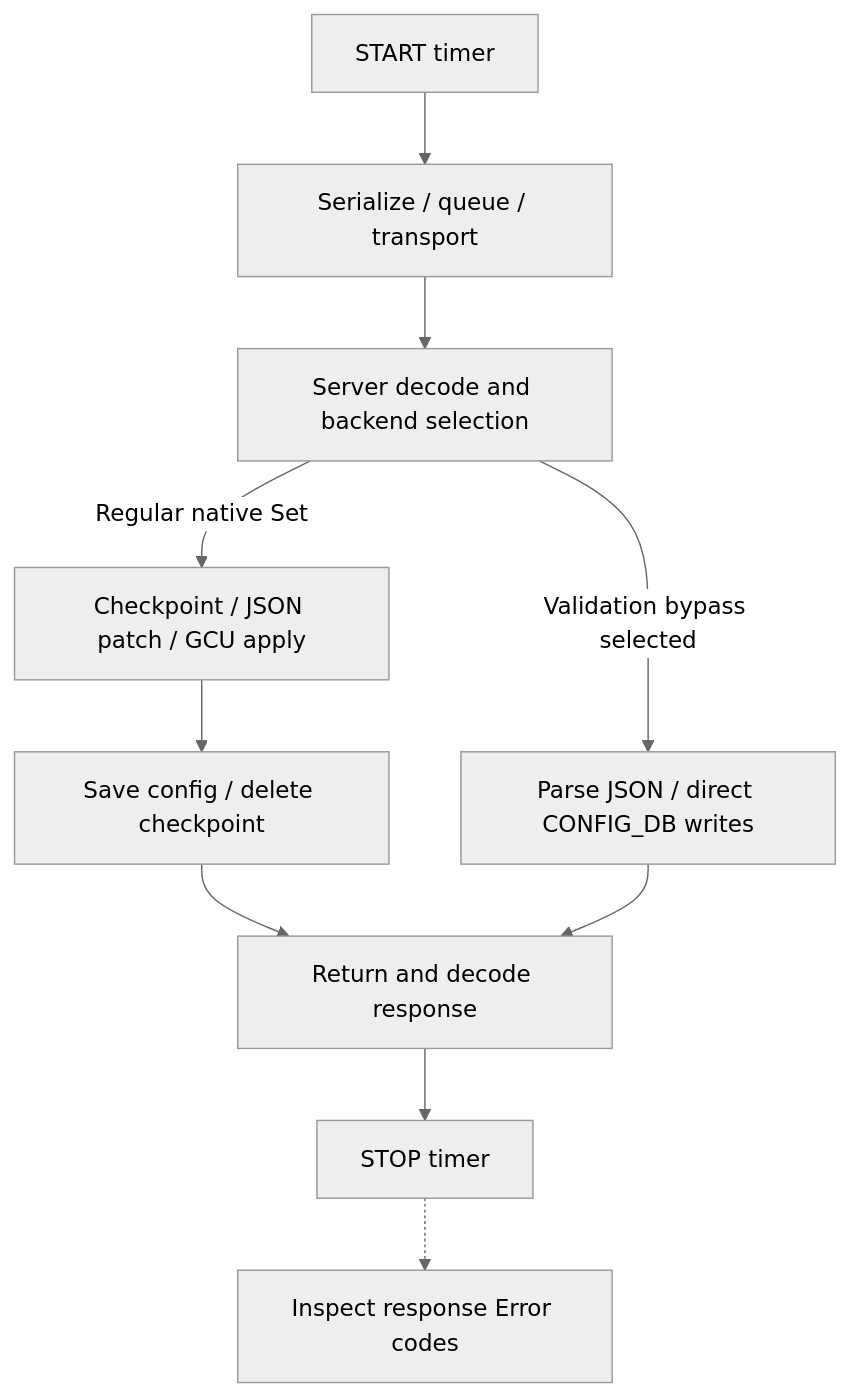
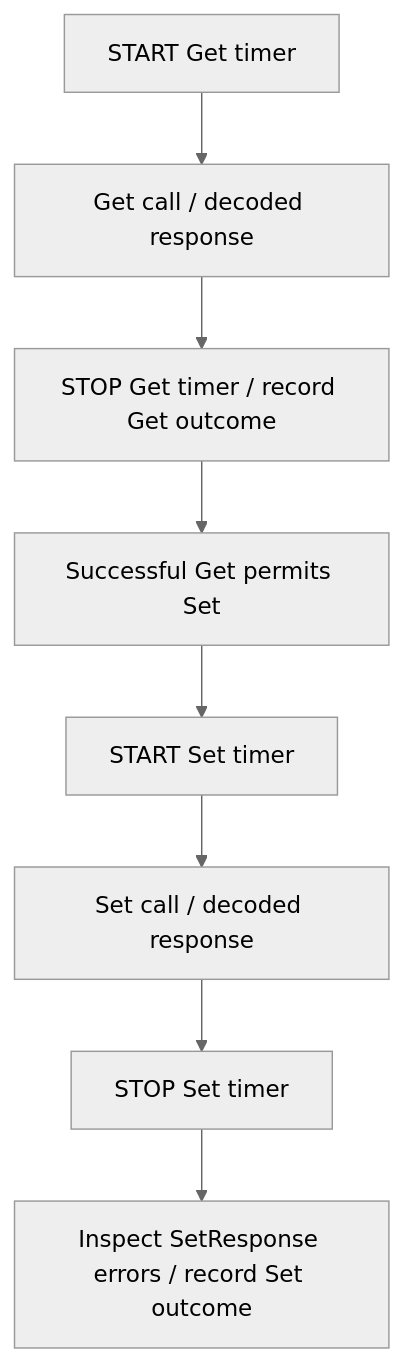
One commit to sonic-net/sonic-mgmt changed the second of 2 diagrams in docs/testplan/gnmi-benchmark-design.md. Above: the diagram before and after it, drawn with Mermaid (neutral theme). The commit also changed other lines of this file and 17 other files, not shown here.

````diff
--- a/docs/testplan/gnmi-benchmark-design.md
+++ b/docs/testplan/gnmi-benchmark-design.md
@@ -12,12 +139,10 @@
 ```mermaid
 flowchart TD
-    Start["START timer"] --> Client["Serialize / queue / transport"]
-    Client --> Server["Server decode and backend selection"]
-    Server -->|Regular native Set| Regular["Checkpoint / JSON patch / GCU apply"]
-    Regular --> Save["Save config / delete checkpoint"]
-    Server -->|Validation bypass selected| Bypass["Parse JSON / direct CONFIG_DB writes"]
-    Save --> Response["Return and decode response"]
-    Bypass --> Response
-    Response --> Stop["STOP timer"]
-    Stop -.-> Check["Inspect response Error codes"]
+    Start["START Get timer"] --> Get["Get call / decoded response"]
+    Get --> GetStop["STOP Get timer / record Get outcome"]
+    GetStop --> Check["Successful Get permits Set"]
+    Check --> SetStart["START Set timer"]
+    SetStart --> Set["Set call / decoded response"]
+    Set --> Stop["STOP Set timer"]
+    Stop --> Inspect["Inspect SetResponse errors / record Set outcome"]
 ```
````
